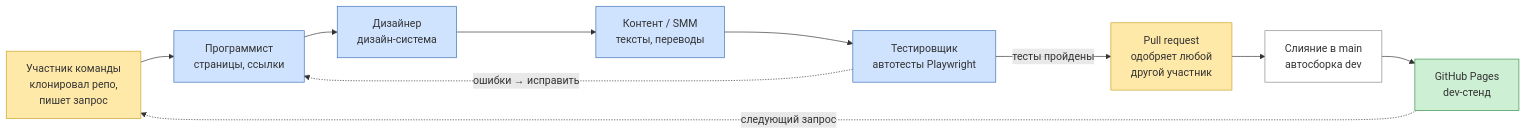
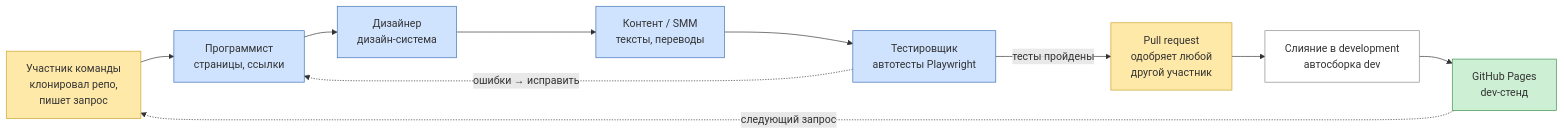
One commit to andrewwagnerkg/siteinfo changed the first of 2 diagrams in docs/agent-workflow-diagram.md. Above: the diagram before and after it, drawn with Mermaid. The commit also changed 121 other files, not shown here.

````diff
--- a/docs/agent-workflow-diagram.md
+++ b/docs/agent-workflow-diagram.md
@@ -11,17 +11,17 @@
 ```mermaid
 flowchart LR
     O[Участник команды<br/>клонировал репо,<br/>пишет запрос]:::owner --> P[Программист<br/>страницы, ссылки]:::agent
     P --> D[Дизайнер<br/>дизайн-система]:::agent
     D --> C[Контент / SMM<br/>тексты, переводы]:::agent
     C --> T[Тестировщик<br/>автотесты Playwright]:::agent
     T -. ошибки → исправить .-> P
     T -- тесты пройдены --> PR[Pull request<br/>одобряет любой<br/>другой участник]:::owner
-    PR --> M[Слияние в main<br/>автосборка dev]:::auto
+    PR --> M[Слияние в development<br/>автосборка dev]:::auto
     M --> DEV[GitHub Pages<br/>dev-стенд]:::site
     DEV -. следующий запрос .-> O
 
     classDef owner fill:#FFE9A8,stroke:#C9A227
     classDef agent fill:#CFE3FF,stroke:#3B6FB6
     classDef auto fill:#FFFFFF,stroke:#888888
     classDef site fill:#CDEFD3,stroke:#3A8F4B
 ```
````
